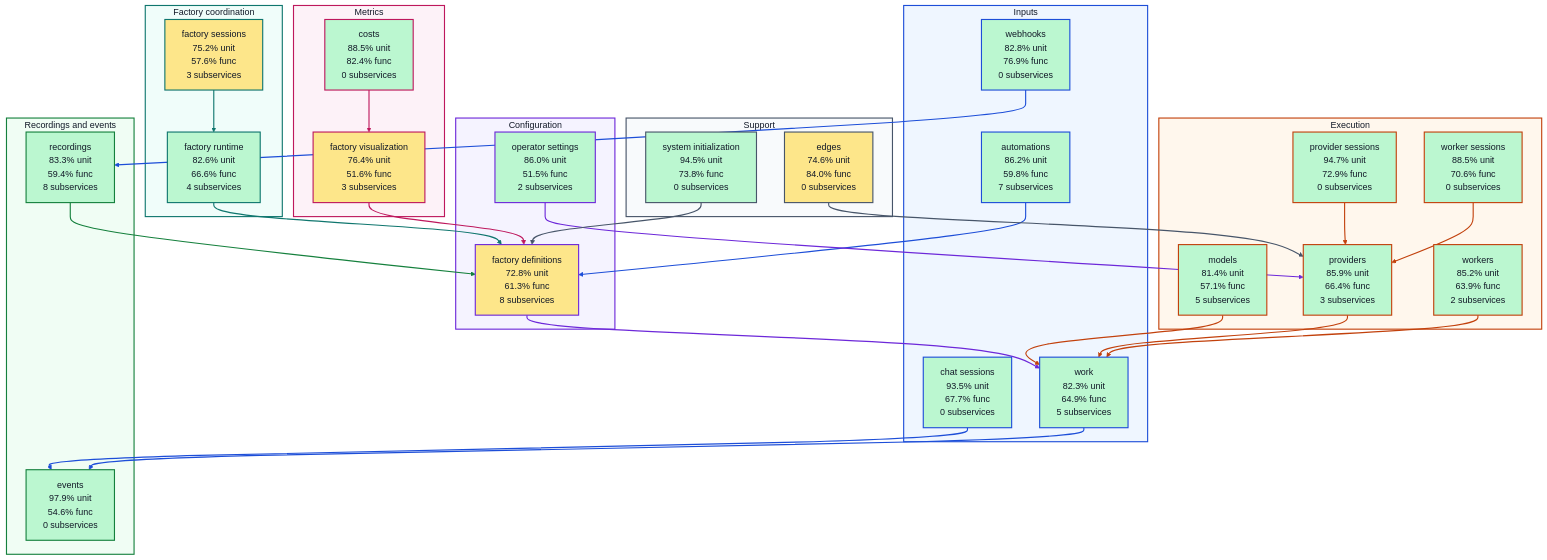
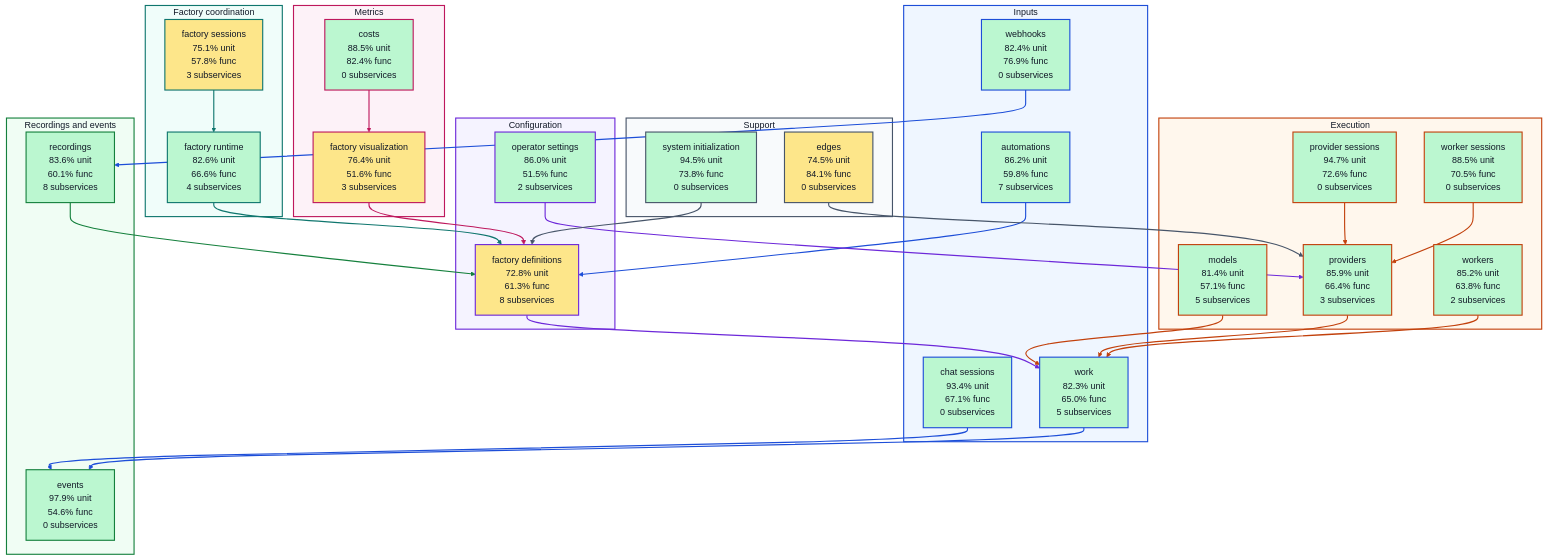
Before and after one commit to portpowered/you-agent-factory: the diagram in docs/architecture/visualizations/high-level-test-coverage.md, drawn with Mermaid. The commit also changed other lines of this file and 20 other files, not shown here.

Commit message:
docs: refresh backend architecture visualizations

```diff
--- a/docs/architecture/visualizations/high-level-test-coverage.md
+++ b/docs/architecture/visualizations/high-level-test-coverage.md
@@ -12,9 +12,9 @@
 flowchart TB
   subgraph input["Inputs"]
     s_services_automations["automations<br/>86.2% unit<br/>59.8% func<br/>7 subservices"]
-    s_services_chat_sessions["chat sessions<br/>93.5% unit<br/>67.7% func<br/>0 subservices"]
-    s_services_webhooks["webhooks<br/>82.8% unit<br/>76.9% func<br/>0 subservices"]
-    s_services_work["work<br/>82.3% unit<br/>64.9% func<br/>5 subservices"]
+    s_services_chat_sessions["chat sessions<br/>93.4% unit<br/>67.1% func<br/>0 subservices"]
+    s_services_webhooks["webhooks<br/>82.4% unit<br/>76.9% func<br/>0 subservices"]
+    s_services_work["work<br/>82.3% unit<br/>65.0% func<br/>5 subservices"]
   end
   subgraph configuration["Configuration"]
     s_services_factory_definitions["factory definitions<br/>72.8% unit<br/>61.3% func<br/>8 subservices"]
@@ -22,25 +22,25 @@
   end
   subgraph coordination["Factory coordination"]
     s_services_factory_runtime["factory runtime<br/>82.6% unit<br/>66.6% func<br/>4 subservices"]
-    s_services_factory_sessions["factory sessions<br/>75.2% unit<br/>57.6% func<br/>3 subservices"]
+    s_services_factory_sessions["factory sessions<br/>75.1% unit<br/>57.8% func<br/>3 subservices"]
   end
   subgraph execution["Execution"]
     s_services_models["models<br/>81.4% unit<br/>57.1% func<br/>5 subservices"]
-    s_services_provider_sessions["provider sessions<br/>94.7% unit<br/>72.9% func<br/>0 subservices"]
+    s_services_provider_sessions["provider sessions<br/>94.7% unit<br/>72.6% func<br/>0 subservices"]
     s_services_providers["providers<br/>85.9% unit<br/>66.4% func<br/>3 subservices"]
-    s_services_worker_sessions["worker sessions<br/>88.5% unit<br/>70.6% func<br/>0 subservices"]
-    s_services_workers["workers<br/>85.2% unit<br/>63.9% func<br/>2 subservices"]
+    s_services_worker_sessions["worker sessions<br/>88.5% unit<br/>70.5% func<br/>0 subservices"]
+    s_services_workers["workers<br/>85.2% unit<br/>63.8% func<br/>2 subservices"]
   end
   subgraph recordings["Recordings and events"]
     s_services_events["events<br/>97.9% unit<br/>54.6% func<br/>0 subservices"]
-    s_services_recordings["recordings<br/>83.3% unit<br/>59.4% func<br/>8 subservices"]
+    s_services_recordings["recordings<br/>83.6% unit<br/>60.1% func<br/>8 subservices"]
   end
   subgraph metrics["Metrics"]
     s_services_costs["costs<br/>88.5% unit<br/>82.4% func<br/>0 subservices"]
     s_services_factory_visualization["factory visualization<br/>76.4% unit<br/>51.6% func<br/>3 subservices"]
   end
   subgraph support["Support"]
-    s_services_edges["edges<br/>74.6% unit<br/>84.0% func<br/>0 subservices"]
+    s_services_edges["edges<br/>74.5% unit<br/>84.1% func<br/>0 subservices"]
     s_services_system_initialization["system initialization<br/>94.5% unit<br/>73.8% func<br/>0 subservices"]
   end
   s_services_automations --> s_services_factory_definitions
```
